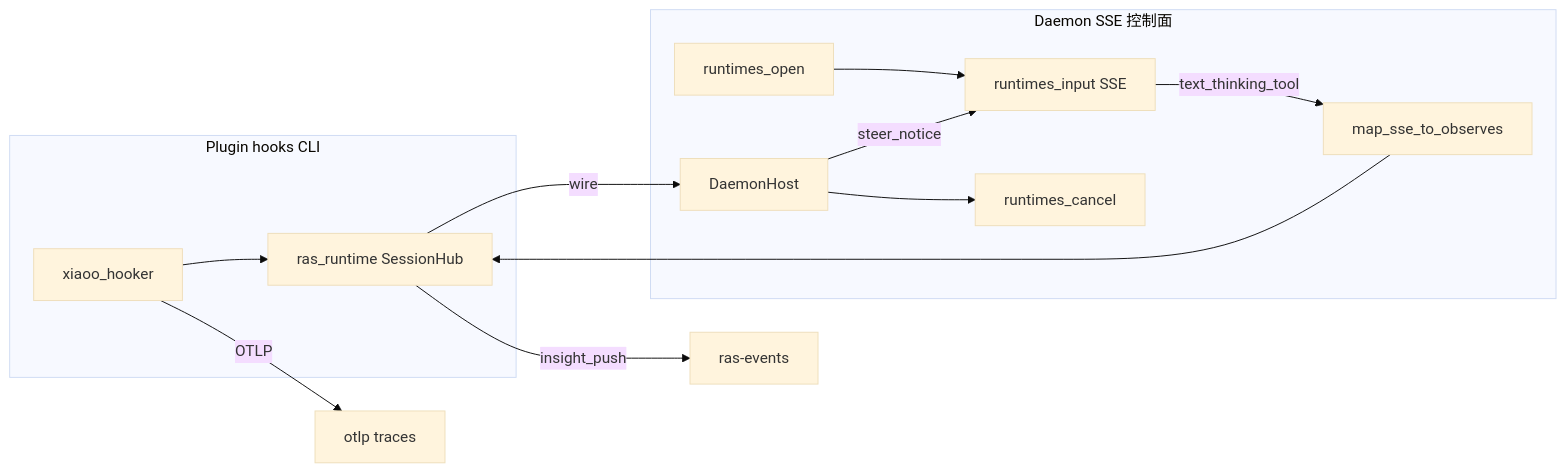
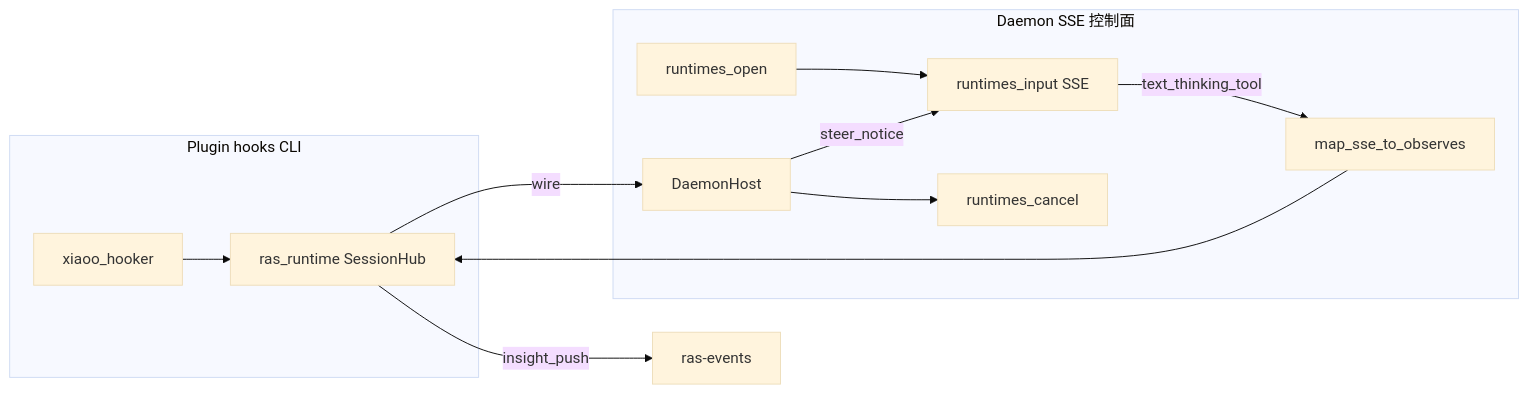
One commit to openeuler-mirror/agent-insight changed the third of 4 diagrams in docs/agent-ras/designs/features/opencode-xiaoo-integration.md. Above: the diagram before and after it, drawn with Mermaid (base theme). The commit also changed other lines of this file and 8 other files, not shown here.

````diff
--- a/docs/agent-ras/designs/features/opencode-xiaoo-integration.md
+++ b/docs/agent-ras/designs/features/opencode-xiaoo-integration.md
@@ -101,19 +100,18 @@
 ```mermaid
 flowchart LR
   subgraph hookPath [Plugin hooks CLI]
     Hooker[xiaoo_hooker] --> Embed[ras_runtime SessionHub]
   end
   subgraph daemonPath [Daemon SSE 控制面]
     Open[runtimes_open]
     SSE[runtimes_input SSE]
     Cancel[runtimes_cancel]
     Open --> SSE
     SSE -->|text_thinking_tool| Map[map_sse_to_observes]
     Map --> Embed
     Embed -->|wire| Host[DaemonHost]
     Host --> Cancel
     Host -->|steer_notice| SSE
   end
   Embed -->|insight_push| RAS[ras-events]
-  Hooker -->|OTLP| OTel[otlp traces]
 ```
````
